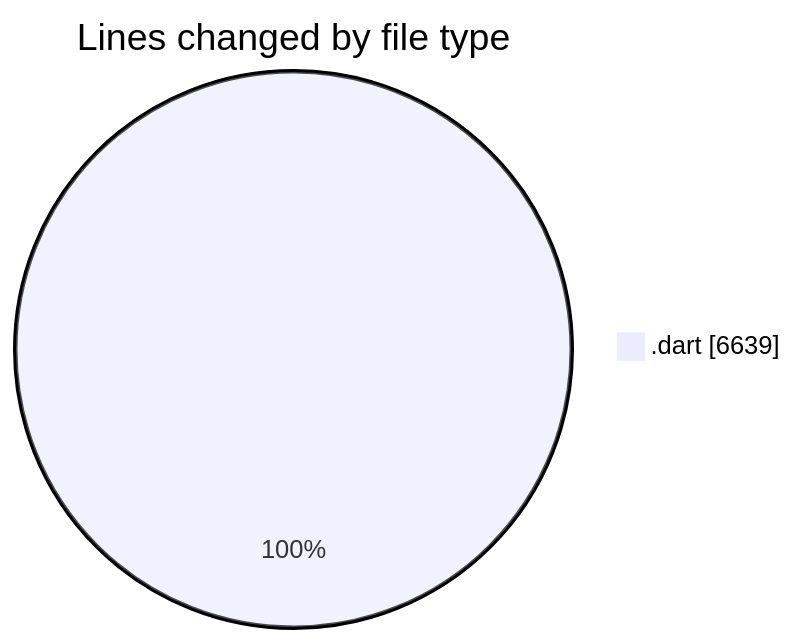
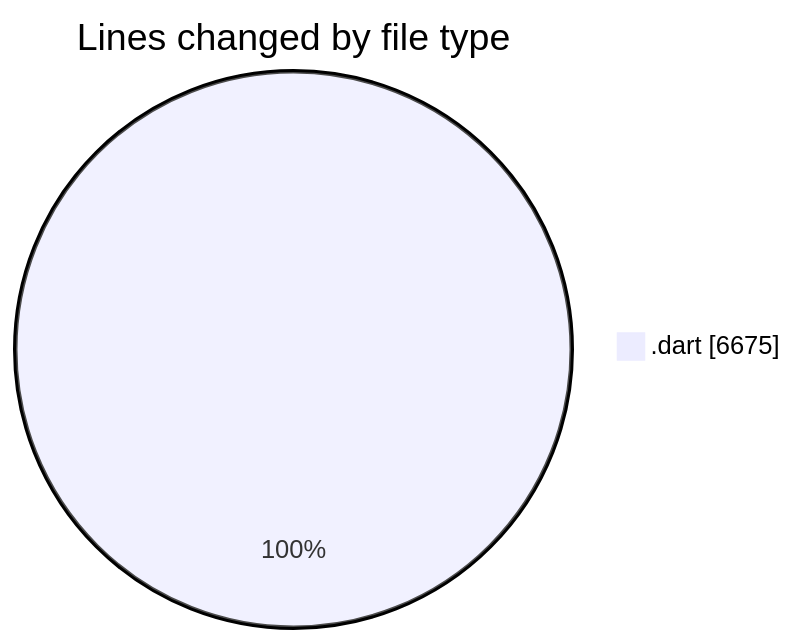
Before and after one commit to lephambinh05/code-tracking: the first of 2 diagrams in 2025-08-25/studybuddy/README.md, drawn with Mermaid. The commit also changed other lines of this file and 1 other file, not shown here.

````diff
--- a/2025-08-25/studybuddy/README.md
+++ b/2025-08-25/studybuddy/README.md
@@ -35,5 +37,5 @@
 ```mermaid
 pie showData
 title Lines changed by file type
-".dart" : 6639
+".dart" : 6675
 ```
````
